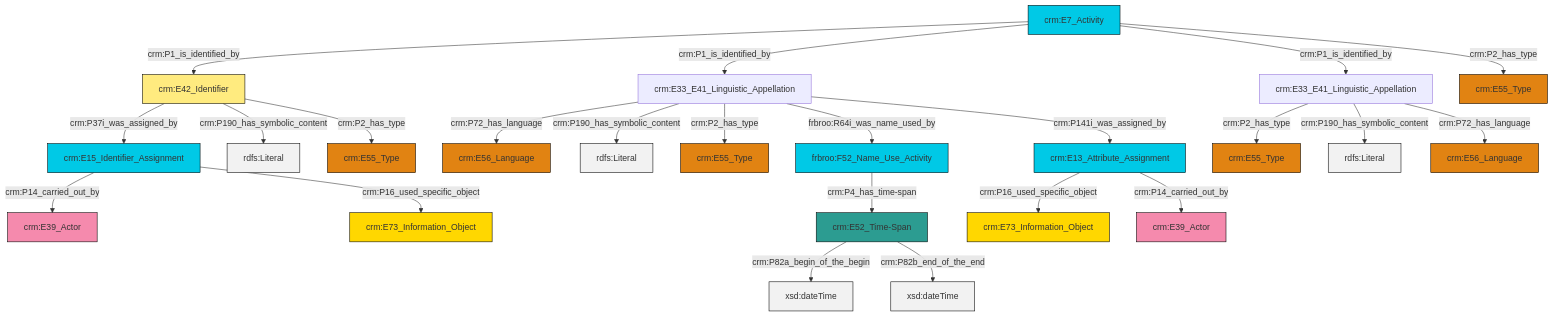
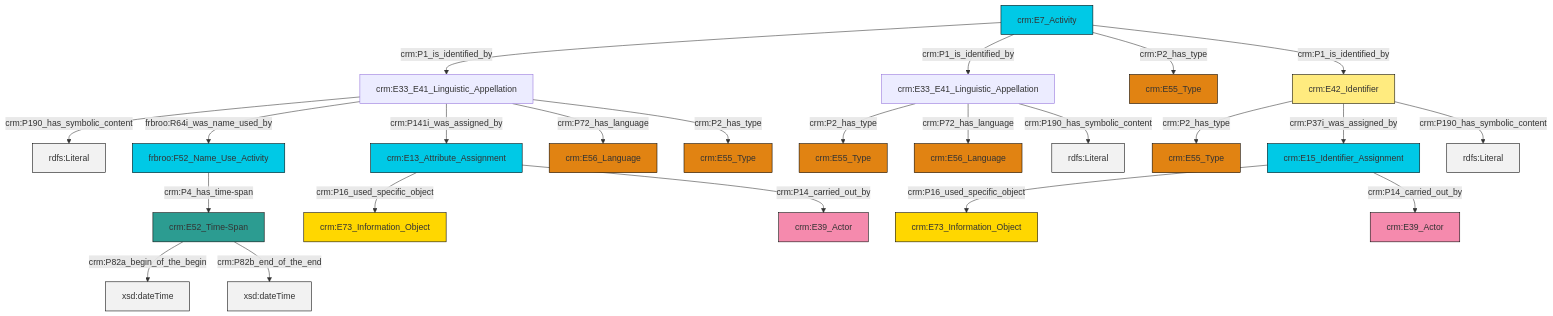
The diagram in et/eventCSV/ttl/mmd/event_name.ttl.mmd (swiss-art-research-net/docs.swissartresearch), drawn with Mermaid before and after one commit. The commit also changed 179 other files, not shown here.

```diff
--- a/et/eventCSV/ttl/mmd/event_name.ttl.mmd
+++ b/et/eventCSV/ttl/mmd/event_name.ttl.mmd
@@ -1,37 +1,37 @@
 graph TD
 classDef Literal fill:#f2f2f2,stroke:#000000;
 classDef CRM_Entity fill:#FFFFFF,stroke:#000000;
 classDef Temporal_Entity fill:#00C9E6, stroke:#000000;
 classDef Type fill:#E18312, stroke:#000000;
 classDef Time-Span fill:#2C9C91, stroke:#000000;
 classDef Appellation fill:#FFEB7F, stroke:#000000;
 classDef Place fill:#008836, stroke:#000000;
 classDef Persistent_Item fill:#B266B2, stroke:#000000;
 classDef Conceptual_Object fill:#FFD700, stroke:#000000;
 classDef Physical_Thing fill:#D2B48C, stroke:#000000;
 classDef Actor fill:#f58aad, stroke:#000000;
 classDef PC_Classes fill:#4ce600, stroke:#000000;
 classDef Multi fill:#cccccc,stroke:#000000;
 
-0["crm:E52_Time-Span"]:::Time-Span -->|crm:P82a_begin_of_the_begin| 1[xsd:dateTime]:::Literal
-8["crm:E33_E41_Linguistic_Appellation"]:::Default -->|crm:P72_has_language| 2["crm:E56_Language"]:::Type
-8["crm:E33_E41_Linguistic_Appellation"]:::Default -->|crm:P190_has_symbolic_content| 11[rdfs:Literal]:::Literal
-15["crm:E33_E41_Linguistic_Appellation"]:::Default -->|crm:P2_has_type| 16["crm:E55_Type"]:::Type
-0["crm:E52_Time-Span"]:::Time-Span -->|crm:P82b_end_of_the_end| 17[xsd:dateTime]:::Literal
-20["crm:E7_Activity"]:::Temporal_Entity -->|crm:P1_is_identified_by| 21["crm:E42_Identifier"]:::Appellation
-9["frbroo:F52_Name_Use_Activity"]:::Temporal_Entity -->|crm:P4_has_time-span| 0["crm:E52_Time-Span"]:::Time-Span
-20["crm:E7_Activity"]:::Temporal_Entity -->|crm:P1_is_identified_by| 8["crm:E33_E41_Linguistic_Appellation"]:::Default
-6["crm:E13_Attribute_Assignment"]:::Temporal_Entity -->|crm:P16_used_specific_object| 22["crm:E73_Information_Object"]:::Conceptual_Object
-6["crm:E13_Attribute_Assignment"]:::Temporal_Entity -->|crm:P14_carried_out_by| 24["crm:E39_Actor"]:::Actor
-21["crm:E42_Identifier"]:::Appellation -->|crm:P37i_was_assigned_by| 18["crm:E15_Identifier_Assignment"]:::Temporal_Entity
-20["crm:E7_Activity"]:::Temporal_Entity -->|crm:P1_is_identified_by| 15["crm:E33_E41_Linguistic_Appellation"]:::Default
-8["crm:E33_E41_Linguistic_Appellation"]:::Default -->|crm:P2_has_type| 27["crm:E55_Type"]:::Type
-20["crm:E7_Activity"]:::Temporal_Entity -->|crm:P2_has_type| 4["crm:E55_Type"]:::Type
-18["crm:E15_Identifier_Assignment"]:::Temporal_Entity -->|crm:P14_carried_out_by| 25["crm:E39_Actor"]:::Actor
-18["crm:E15_Identifier_Assignment"]:::Temporal_Entity -->|crm:P16_used_specific_object| 37["crm:E73_Information_Object"]:::Conceptual_Object
-21["crm:E42_Identifier"]:::Appellation -->|crm:P190_has_symbolic_content| 38[rdfs:Literal]:::Literal
-8["crm:E33_E41_Linguistic_Appellation"]:::Default -->|frbroo:R64i_was_name_used_by| 9["frbroo:F52_Name_Use_Activity"]:::Temporal_Entity
-15["crm:E33_E41_Linguistic_Appellation"]:::Default -->|crm:P190_has_symbolic_content| 40[rdfs:Literal]:::Literal
-15["crm:E33_E41_Linguistic_Appellation"]:::Default -->|crm:P72_has_language| 29["crm:E56_Language"]:::Type
-21["crm:E42_Identifier"]:::Appellation -->|crm:P2_has_type| 13["crm:E55_Type"]:::Type
-8["crm:E33_E41_Linguistic_Appellation"]:::Default -->|crm:P141i_was_assigned_by| 6["crm:E13_Attribute_Assignment"]:::Temporal_Entity
+0["crm:E33_E41_Linguistic_Appellation"]:::Default -->|crm:P190_has_symbolic_content| 1[rdfs:Literal]:::Literal
+6["crm:E42_Identifier"]:::Appellation -->|crm:P2_has_type| 7["crm:E55_Type"]:::Type
+8["crm:E13_Attribute_Assignment"]:::Temporal_Entity -->|crm:P16_used_specific_object| 9["crm:E73_Information_Object"]:::Conceptual_Object
+0["crm:E33_E41_Linguistic_Appellation"]:::Default -->|frbroo:R64i_was_name_used_by| 11["frbroo:F52_Name_Use_Activity"]:::Temporal_Entity
+4["crm:E33_E41_Linguistic_Appellation"]:::Default -->|crm:P2_has_type| 12["crm:E55_Type"]:::Type
+0["crm:E33_E41_Linguistic_Appellation"]:::Default -->|crm:P141i_was_assigned_by| 8["crm:E13_Attribute_Assignment"]:::Temporal_Entity
+13["crm:E7_Activity"]:::Temporal_Entity -->|crm:P1_is_identified_by| 0["crm:E33_E41_Linguistic_Appellation"]:::Default
+14["crm:E52_Time-Span"]:::Time-Span -->|crm:P82a_begin_of_the_begin| 15[xsd:dateTime]:::Literal
+13["crm:E7_Activity"]:::Temporal_Entity -->|crm:P1_is_identified_by| 4["crm:E33_E41_Linguistic_Appellation"]:::Default
+11["frbroo:F52_Name_Use_Activity"]:::Temporal_Entity -->|crm:P4_has_time-span| 14["crm:E52_Time-Span"]:::Time-Span
+14["crm:E52_Time-Span"]:::Time-Span -->|crm:P82b_end_of_the_end| 22[xsd:dateTime]:::Literal
+6["crm:E42_Identifier"]:::Appellation -->|crm:P37i_was_assigned_by| 17["crm:E15_Identifier_Assignment"]:::Temporal_Entity
+6["crm:E42_Identifier"]:::Appellation -->|crm:P190_has_symbolic_content| 26[rdfs:Literal]:::Literal
+13["crm:E7_Activity"]:::Temporal_Entity -->|crm:P2_has_type| 29["crm:E55_Type"]:::Type
+8["crm:E13_Attribute_Assignment"]:::Temporal_Entity -->|crm:P14_carried_out_by| 2["crm:E39_Actor"]:::Actor
+4["crm:E33_E41_Linguistic_Appellation"]:::Default -->|crm:P72_has_language| 32["crm:E56_Language"]:::Type
+0["crm:E33_E41_Linguistic_Appellation"]:::Default -->|crm:P72_has_language| 19["crm:E56_Language"]:::Type
+17["crm:E15_Identifier_Assignment"]:::Temporal_Entity -->|crm:P16_used_specific_object| 24["crm:E73_Information_Object"]:::Conceptual_Object
+17["crm:E15_Identifier_Assignment"]:::Temporal_Entity -->|crm:P14_carried_out_by| 34["crm:E39_Actor"]:::Actor
+4["crm:E33_E41_Linguistic_Appellation"]:::Default -->|crm:P190_has_symbolic_content| 41[rdfs:Literal]:::Literal
+13["crm:E7_Activity"]:::Temporal_Entity -->|crm:P1_is_identified_by| 6["crm:E42_Identifier"]:::Appellation
+0["crm:E33_E41_Linguistic_Appellation"]:::Default -->|crm:P2_has_type| 37["crm:E55_Type"]:::Type
```
